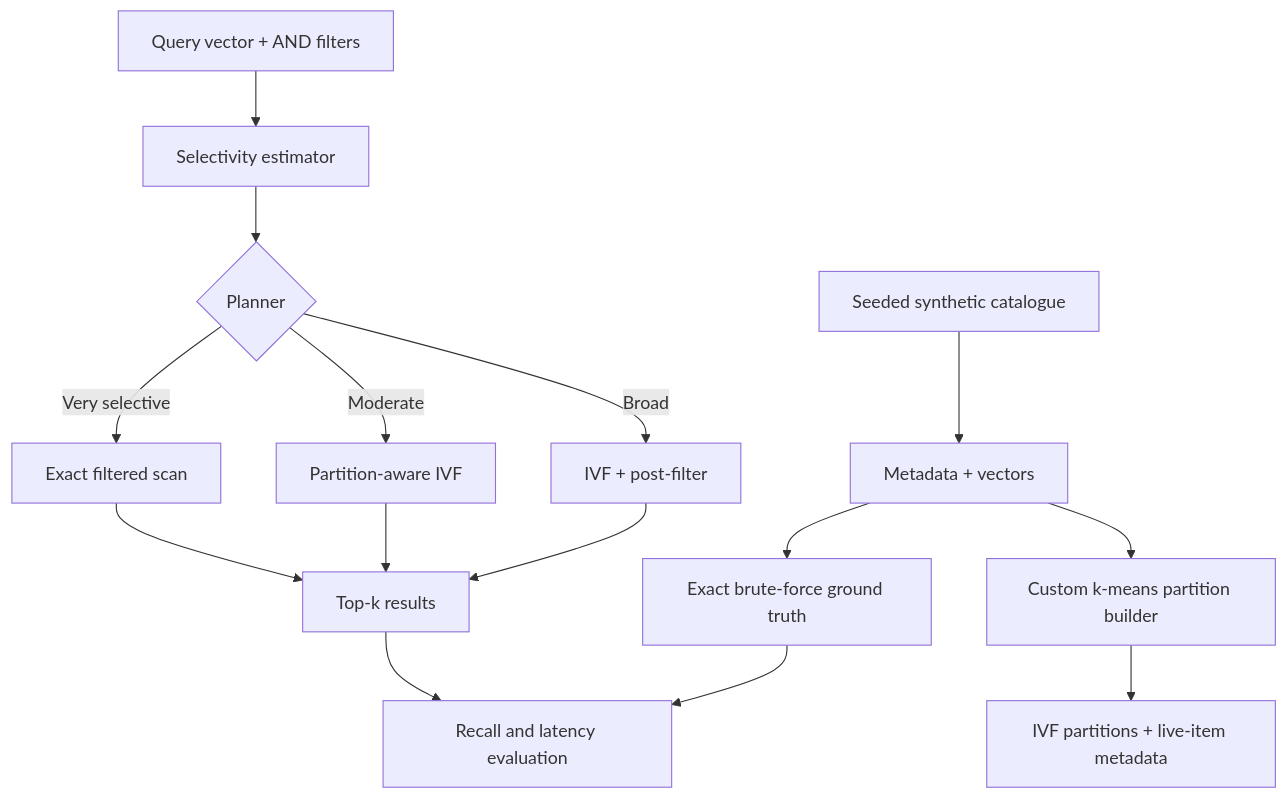
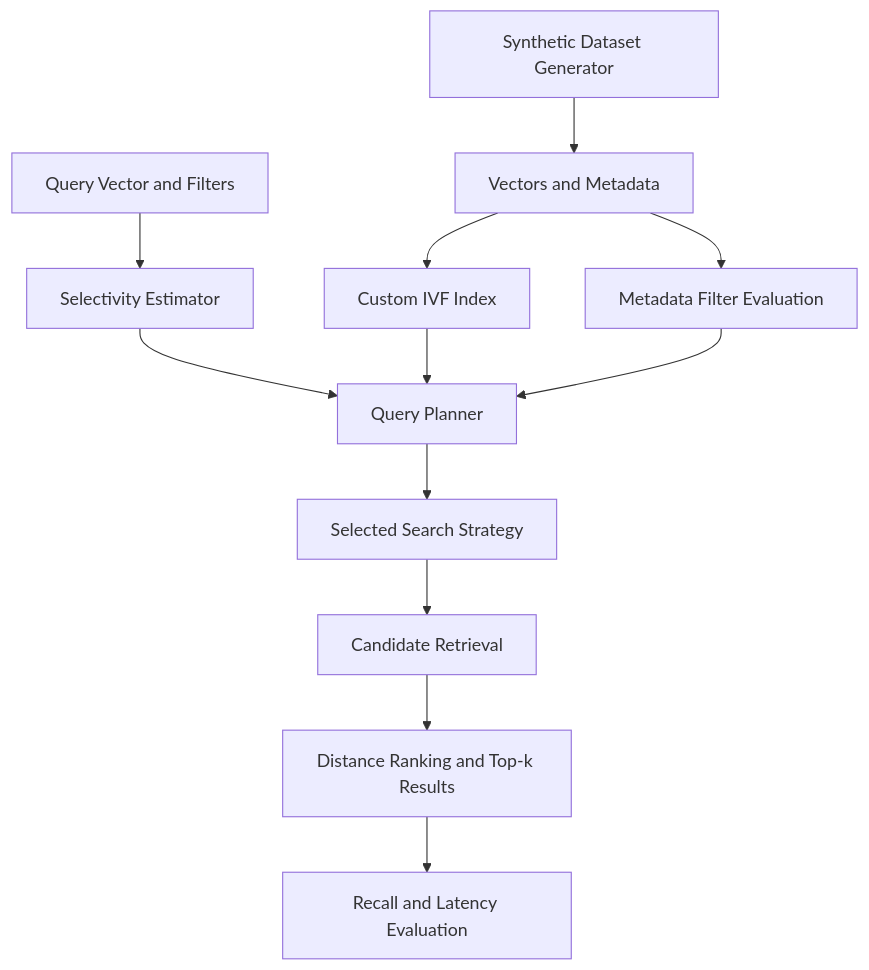
One commit to Kavitha-89/horrazon-filtered-vector-search changed the diagram in README.md. Above: the diagram before and after it, drawn with Mermaid. The commit also changed other lines of this file and 1 other file, not shown here.

Commit message:
Finalize README and architecture diagram

````diff
--- a/README.md
+++ b/README.md
@@ -7,17 +34,14 @@
 ```mermaid
 flowchart TD
-    A[Seeded synthetic catalogue] --> B[Metadata + vectors]
-    B --> C[Custom k-means partition builder]
-    C --> D[IVF partitions + live-item metadata]
-    Q[Query vector + AND filters] --> P[Selectivity estimator]
-    P --> R{Planner}
-    R -->|Very selective| E[Exact filtered scan]
-    R -->|Moderate| F[Partition-aware IVF]
-    R -->|Broad| G[IVF + post-filter]
-    E --> H[Top-k results]
-    F --> H
-    G --> H
-    B --> T[Exact brute-force ground truth]
-    H --> V[Recall and latency evaluation]
-    T --> V
+    A["Synthetic Dataset Generator"] --> B["Vectors and Metadata"]
+    B --> C["Custom IVF Index"]
+    B --> D["Metadata Filter Evaluation"]
+    E["Query Vector and Filters"] --> F["Selectivity Estimator"]
+    F --> G["Query Planner"]
+    C --> G
+    D --> G
+    G --> H["Selected Search Strategy"]
+    H --> I["Candidate Retrieval"]
+    I --> J["Distance Ranking and Top-k Results"]
+    J --> K["Recall and Latency Evaluation"]
 ```
````
